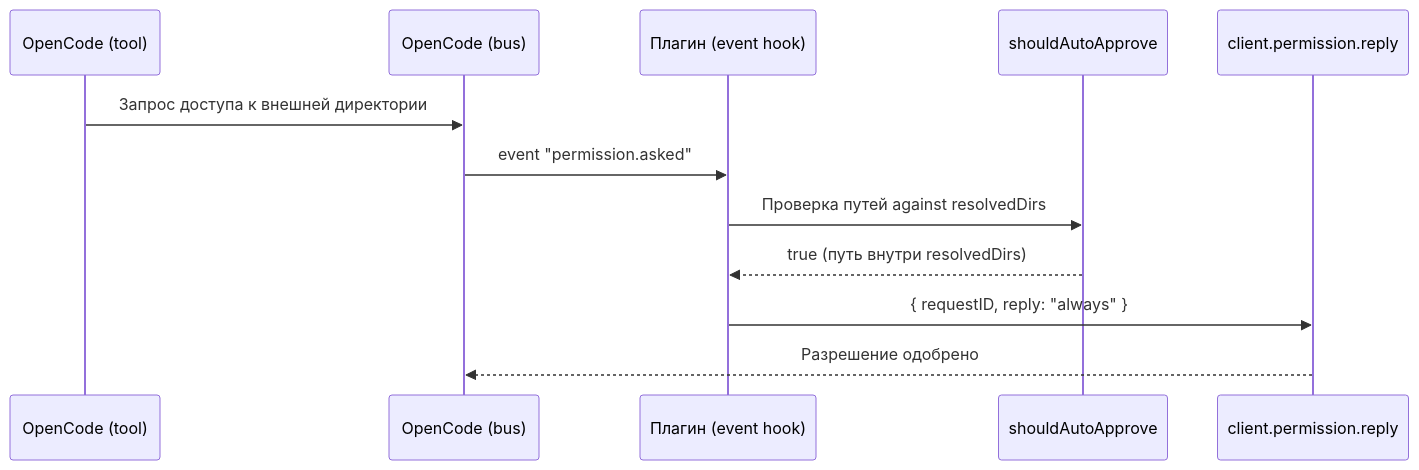
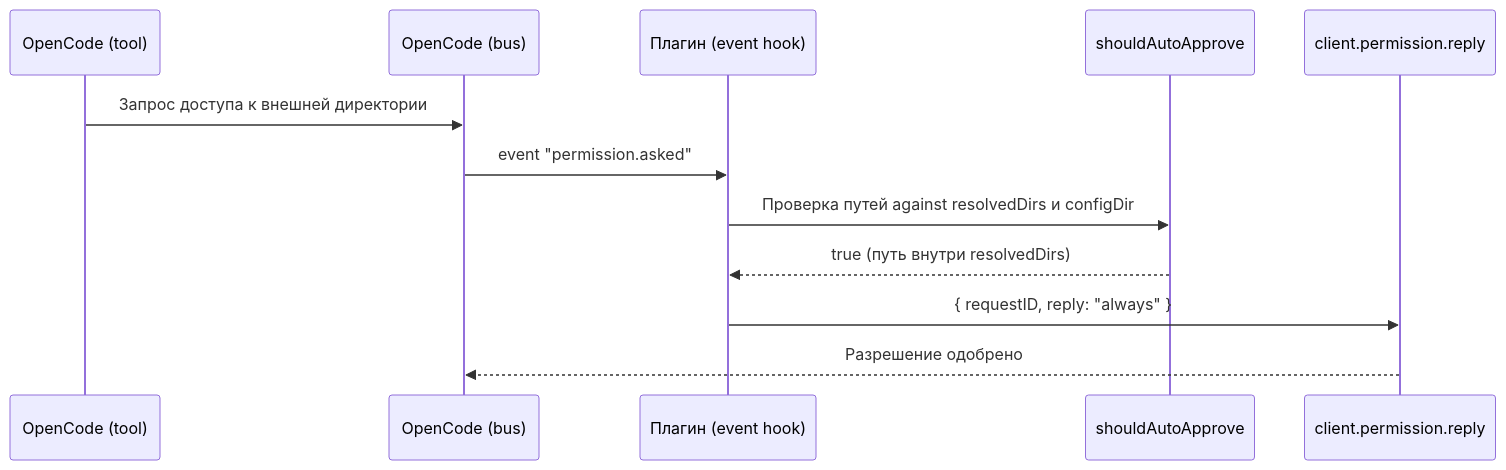
One commit to maxvst/opencode-ext-search-plugin changed the second of 3 diagrams in docs/scenarios.md. Above: the diagram before and after it, drawn with Mermaid. The commit also changed other lines of this file and 31 other files, not shown here.

````diff
--- a/docs/scenarios.md
+++ b/docs/scenarios.md
@@ -34,15 +34,15 @@
 ```mermaid
 sequenceDiagram
     participant OC as OpenCode (tool)
     participant Bus as OpenCode (bus)
     participant P as Плагин (event hook)
     participant Check as shouldAutoApprove
     participant Reply as client.permission.reply
 
     OC->>Bus: Запрос доступа к внешней директории
     Bus->>P: event "permission.asked"
-    P->>Check: Проверка путей against resolvedDirs
+    P->>Check: Проверка путей against resolvedDirs и configDir
     Check-->>P: true (путь внутри resolvedDirs)
     P->>Reply: { requestID, reply: "always" }
     Reply-->>Bus: Разрешение одобрено
 ```
````
